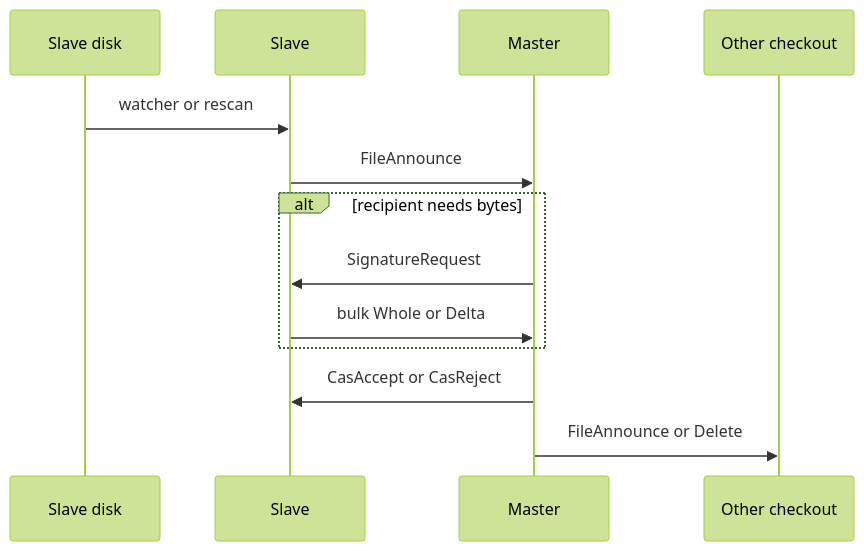
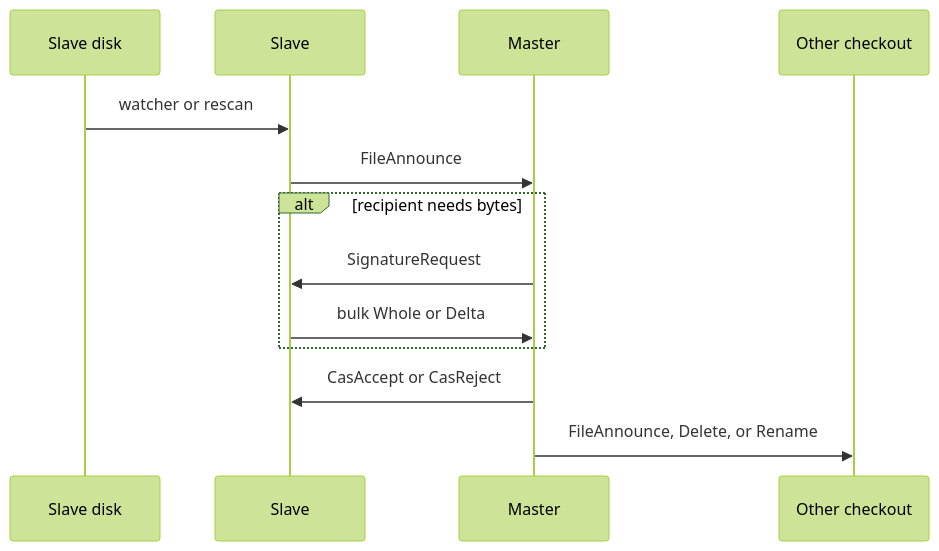
The diagram in doc/overview.md (sebc79/arborsync), drawn with Mermaid (forest theme) before and after one commit. The commit also changed other lines of this file and 6 other files, not shown here.

````diff
--- a/doc/overview.md
+++ b/doc/overview.md
@@ -57,16 +57,16 @@
 ```mermaid
 sequenceDiagram
     participant Disk as Slave disk
     participant Slave as Slave
     participant Master as Master
     participant Other as Other checkout
 
     Disk->>Slave: watcher or rescan
     Slave->>Master: FileAnnounce
     alt recipient needs bytes
         Master->>Slave: SignatureRequest
         Slave->>Master: bulk Whole or Delta
     end
     Master->>Slave: CasAccept or CasReject
-    Master->>Other: FileAnnounce or Delete
+    Master->>Other: FileAnnounce, Delete, or Rename
 ```
````
